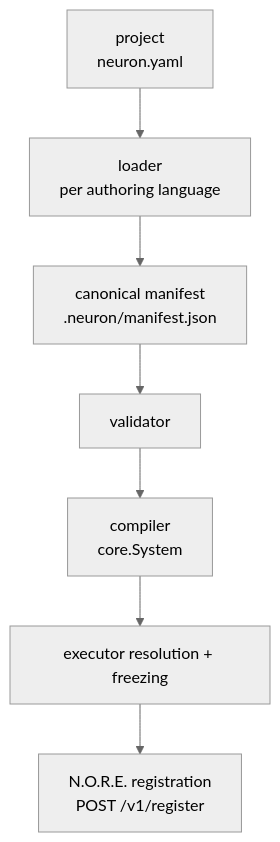
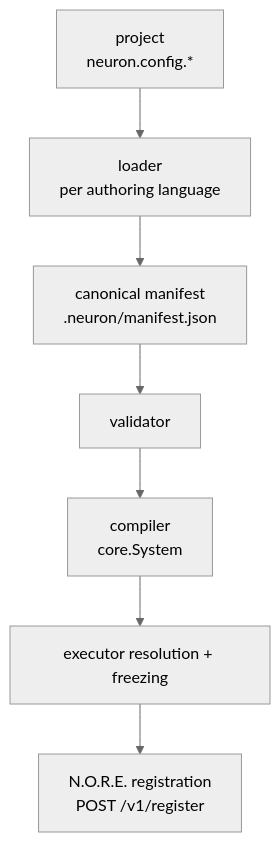
One commit to Muhammad-Jay/neuron changed the third of 7 diagrams in docs/ARCHITECTURE.md. Above: the diagram before and after it, drawn with Mermaid (neutral theme). The commit also changed other lines of this file and 7 other files, not shown here.

First line of the commit message:
docs(ux): update guides and READMEs to the neuron.config.* surface

````diff
--- a/docs/ARCHITECTURE.md
+++ b/docs/ARCHITECTURE.md
@@ -222,9 +222,9 @@
 ```mermaid
 flowchart TB
-    A[project<br/>neuron.yaml] --> B[loader<br/>per authoring language]
+    A[project<br/>neuron.config.*] --> B[loader<br/>per authoring language]
     B --> C[canonical manifest<br/>.neuron/manifest.json]
     C --> D[validator]
     D --> E[compiler<br/>core.System]
     E --> F[executor resolution + freezing]
     F --> G[N.O.R.E. registration<br/>POST /v1/register]
 ```
````
